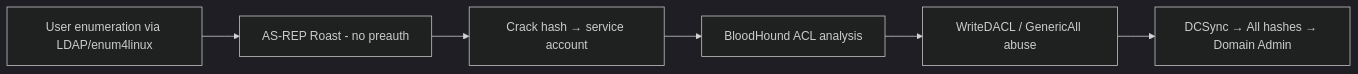
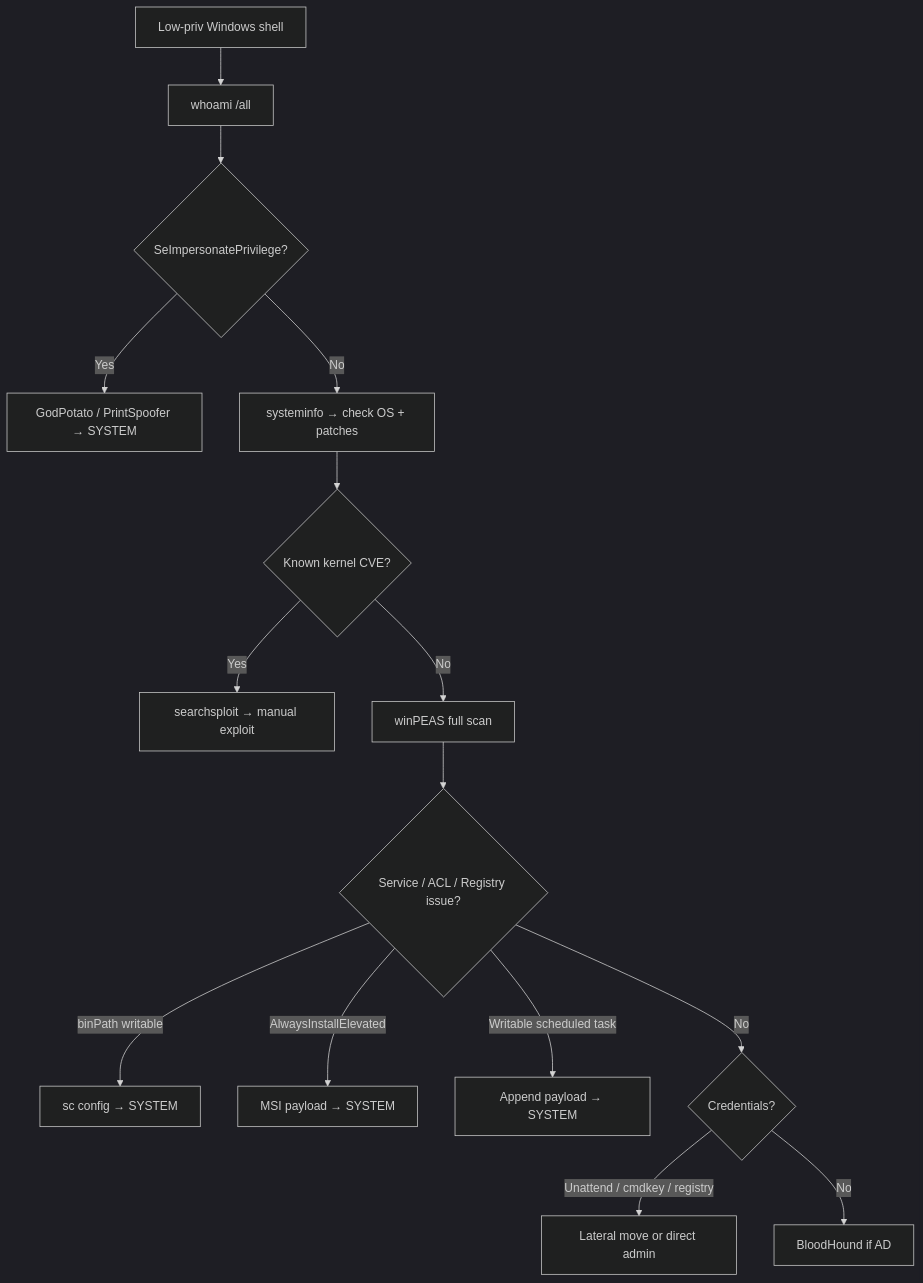
Before and after one commit to morimori-dev/morimori-dev.github.io: the seventh of 7 diagrams in _posts/2026-03-06-tech-windows-privesc-summary.md, drawn with Mermaid (dark theme). The commit also changed other lines of this file and 1 other file, not shown here.

First line of the commit message:
Revise Windows privesc summary: full PG coverage + OSCP focus

````diff
--- a/_posts/2026-03-06-tech-windows-privesc-summary.md
+++ b/_posts/2026-03-06-tech-windows-privesc-summary.md
@@ -413,8 +389,17 @@
 ```mermaid
-flowchart LR
-    A[User enumeration via LDAP/enum4linux] --> B[AS-REP Roast - no preauth]
-    B --> C[Crack hash → service account]
-    C --> D[BloodHound ACL analysis]
-    D --> E[WriteDACL / GenericAll abuse]
-    E --> F[DCSync → All hashes → Domain Admin]
+flowchart TD
+    A[Low-priv Windows shell] --> B[whoami /all]
+    B --> C{SeImpersonatePrivilege?}
+    C -->|Yes| D[GodPotato / PrintSpoofer → SYSTEM]
+    C -->|No| E[systeminfo → check OS + patches]
+    E --> F{Known kernel CVE?}
+    F -->|Yes| G[searchsploit → manual exploit]
+    F -->|No| H[winPEAS full scan]
+    H --> I{Service / ACL / Registry issue?}
+    I -->|binPath writable| J[sc config → SYSTEM]
+    I -->|AlwaysInstallElevated| K[MSI payload → SYSTEM]
+    I -->|Writable scheduled task| L[Append payload → SYSTEM]
+    I -->|No| M{Credentials?}
+    M -->|Unattend / cmdkey / registry| N[Lateral move or direct admin]
+    M -->|No| O[BloodHound if AD]
 ```
````
